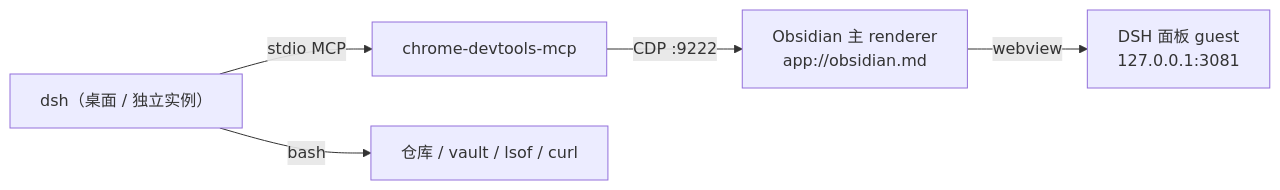
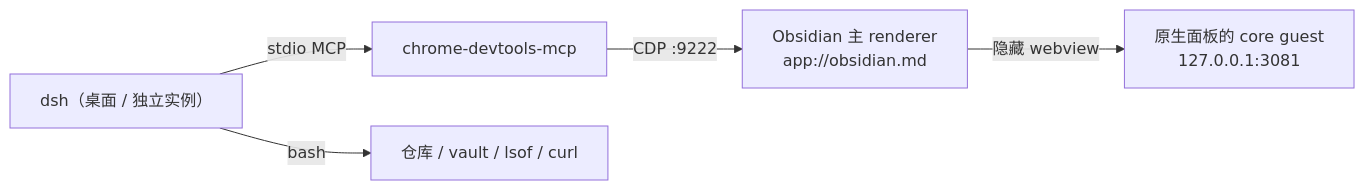
One commit to FablerTan/obsidian-dsh changed the diagram in docs/obsidian-cdp.md. Above: the diagram before and after it, drawn with Mermaid. The commit also changed other lines of this file and 110 other files, not shown here.

````diff
--- a/docs/obsidian-cdp.md
+++ b/docs/obsidian-cdp.md
@@ -18,7 +19,7 @@
 ```mermaid
 flowchart LR
   A["dsh（桌面 / 独立实例）"] -- "stdio MCP" --> B["chrome-devtools-mcp"]
   B -- "CDP :9222" --> C["Obsidian 主 renderer<br/>app://obsidian.md"]
-  C -- "webview" --> D["DSH 面板 guest<br/>127.0.0.1:3081"]
+  C -- "隐藏 webview" --> D["原生面板的 core guest<br/>127.0.0.1:3081"]
   A -- "bash" --> E["仓库 / vault / lsof / curl"]
 ```
````
